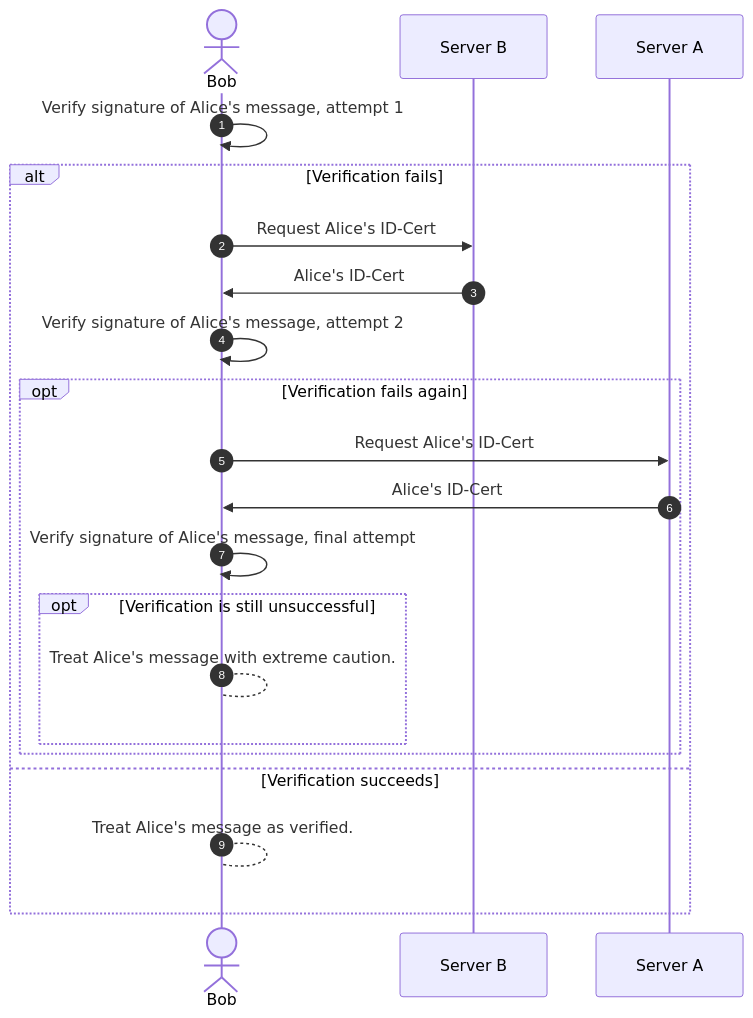
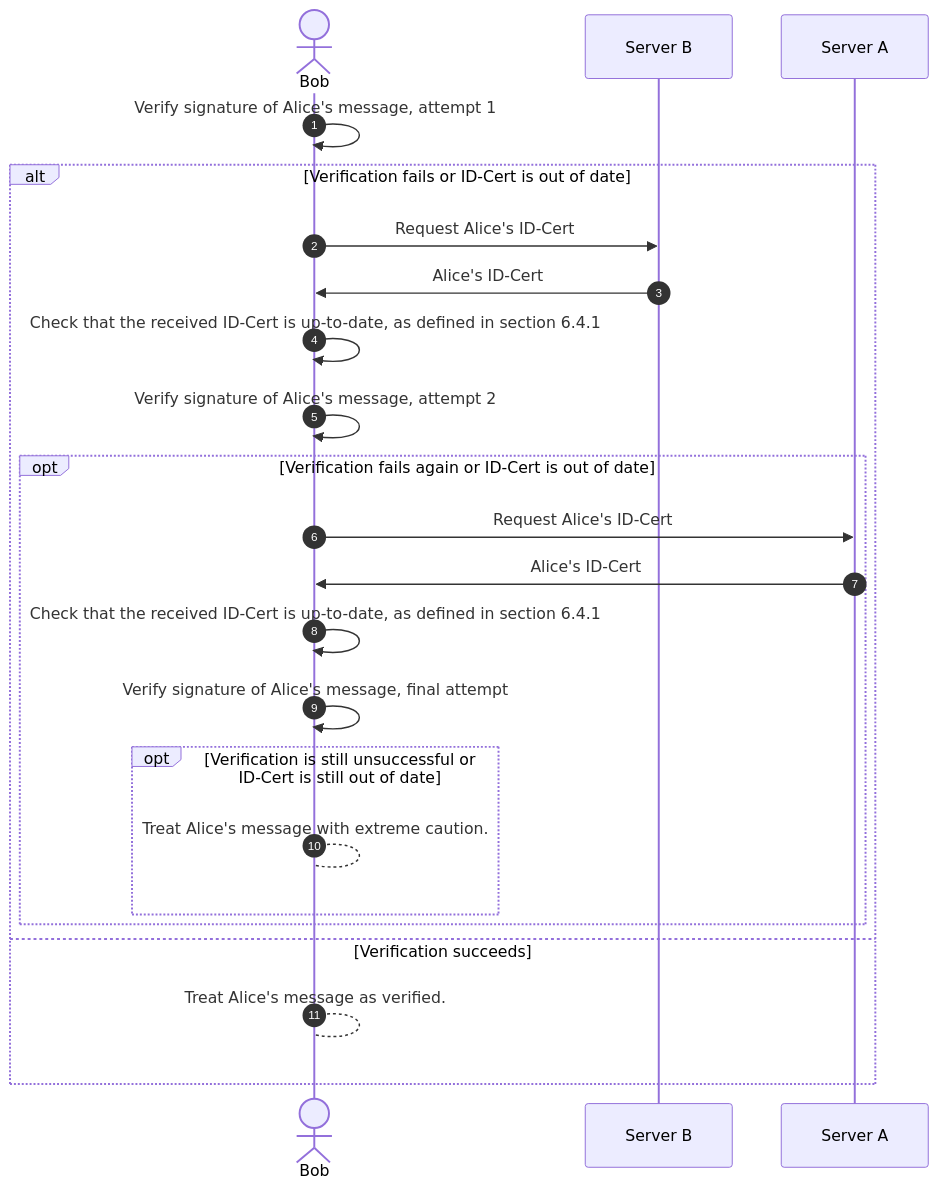
Before and after one commit to polyphony-chat/docs: the fifth of 9 diagrams in docs/Protocol Specifications/core.md, drawn with Mermaid. The commit also changed other lines of this file, not shown here.

Commit message:
improve diagram

````diff
--- a/docs/Protocol Specifications/core.md
+++ b/docs/Protocol Specifications/core.md
@@ -852,25 +852,27 @@
 ```mermaid
 sequenceDiagram
 autonumber
 
 actor b as Bob
 participant sb as Server B
 participant sa as Server A
 
 b->>b: Verify signature of Alice's message, attempt 1
-alt Verification fails
+alt Verification fails or ID-Cert is out of date
   b->>sb: Request Alice's ID-Cert
   sb->>b: Alice's ID-Cert
+  b->>b: Check that the received ID-Cert is up-to-date, as defined in section 6.4.1
   b->>b: Verify signature of Alice's message, attempt 2
-  opt Verification fails again
+  opt Verification fails again or ID-Cert is out of date
     b->>sa: Request Alice's ID-Cert
     sa->>b: Alice's ID-Cert
+    b->>b: Check that the received ID-Cert is up-to-date, as defined in section 6.4.1
     b->>b: Verify signature of Alice's message, final attempt
-    opt Verification is still unsuccessful
+    opt Verification is still unsuccessful or ID-Cert is still out of date
       b-->b: Treat Alice's message with extreme caution.
     end
   end
 else Verification succeeds
   b-->b: Treat Alice's message as verified.
 end
 ```
````
